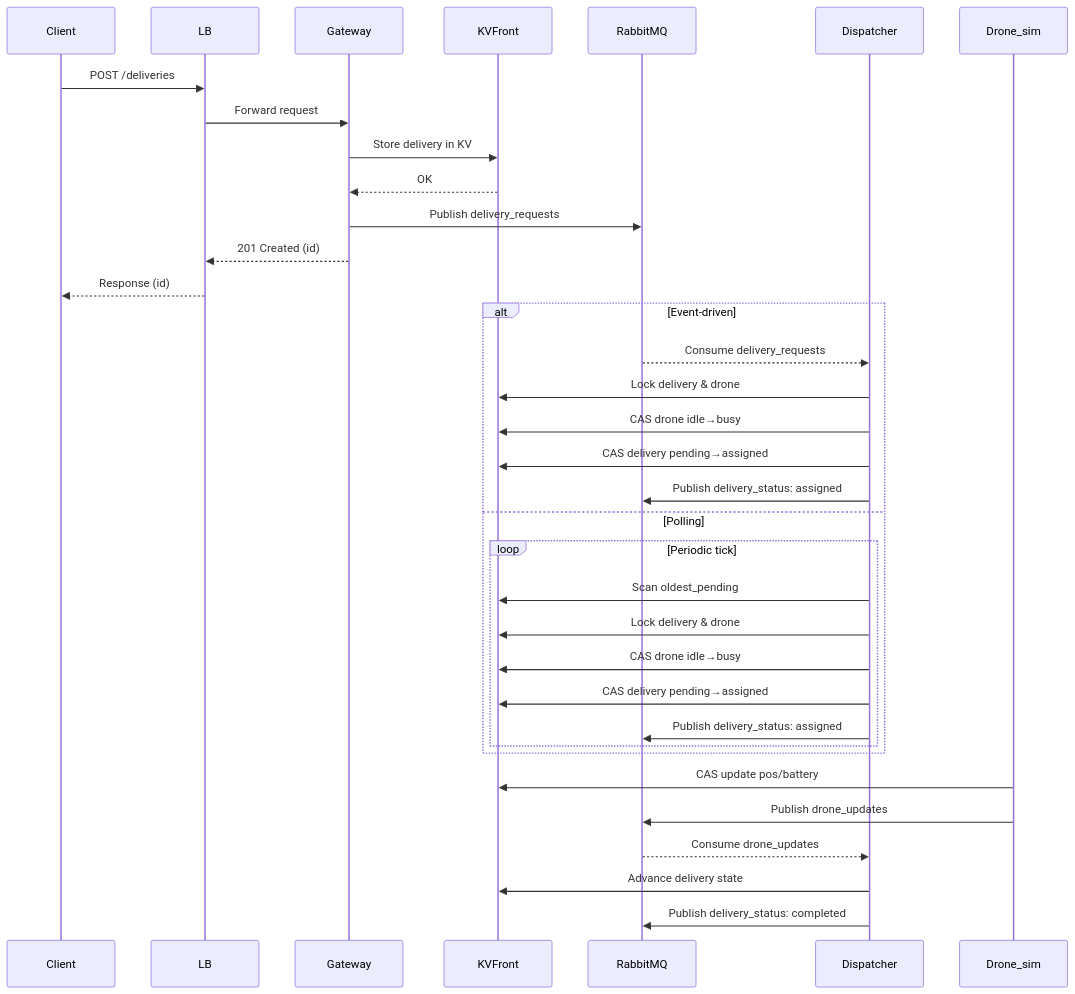
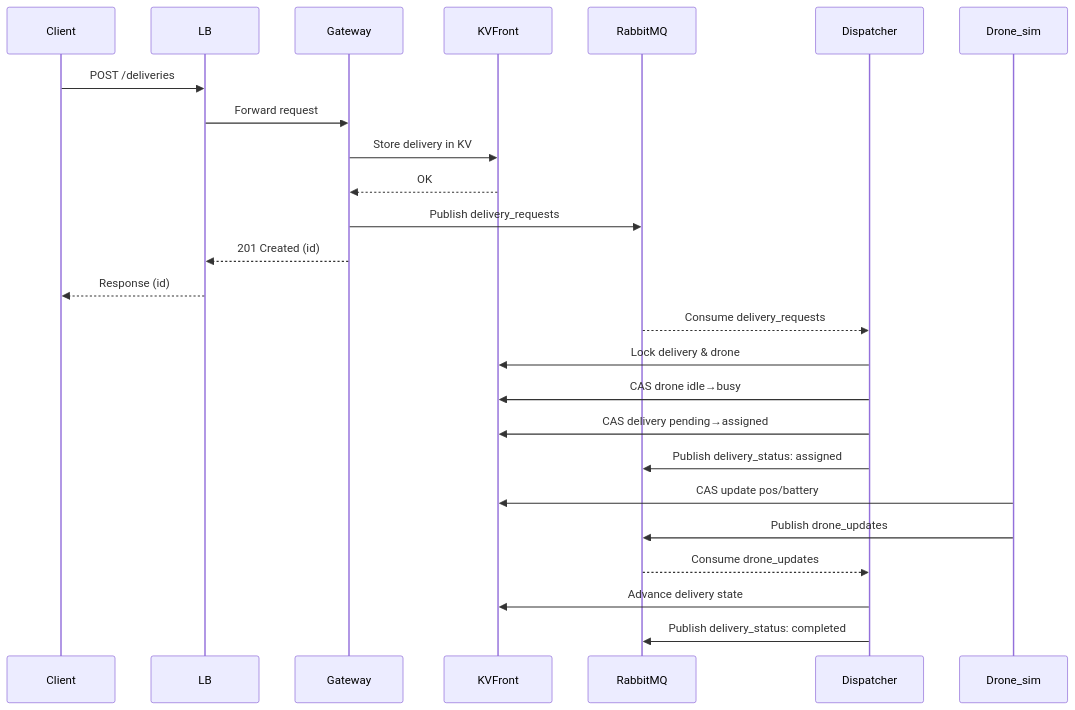
The third of 4 diagrams in README.md (scorzaluca/progetto-architetture), drawn with Mermaid before and after one commit. The commit also changed other lines of this file, not shown here.

````diff
--- a/README.md
+++ b/README.md
@@ -328,45 +343,36 @@
 ```mermaid
 sequenceDiagram
     participant Client
     participant LB as LB
     participant GW as Gateway
     participant KVF as KVFront
     participant RMQ as RabbitMQ
     participant DISP as Dispatcher
     participant DRN as Drone_sim
 
     %% Creazione delivery
     Client->>LB: POST /deliveries
     LB->>GW: Forward request
     GW->>KVF: Store delivery in KV
     KVF-->>GW: OK
     GW->>RMQ: Publish delivery_requests
     GW-->>LB: 201 Created (id)
     LB-->>Client: Response (id)
 
-    %% Assegnazione: due strade
-    alt Event-driven
-        RMQ-->>DISP: Consume delivery_requests
-        DISP->>KVF: Lock delivery & drone
-        DISP->>KVF: CAS drone idle→busy
-        DISP->>KVF: CAS delivery pending→assigned
-        DISP->>RMQ: Publish delivery_status: assigned
-    else Polling
-        loop Periodic tick
-            DISP->>KVF: Scan oldest_pending
-            DISP->>KVF: Lock delivery & drone
-            DISP->>KVF: CAS drone idle→busy
-            DISP->>KVF: CAS delivery pending→assigned
-            DISP->>RMQ: Publish delivery_status: assigned
-        end
-    end
+    %% Assegnazione tramite evento
+    RMQ-->>DISP: Consume delivery_requests
+    DISP->>KVF: Lock delivery & drone
+    DISP->>KVF: CAS drone idle→busy
+    DISP->>KVF: CAS delivery pending→assigned
+    DISP->>RMQ: Publish delivery_status: assigned
 
-    %% Avanzamento
+    %% Avanzamento stato
     DRN->>KVF: CAS update pos/battery
     DRN->>RMQ: Publish drone_updates
     RMQ-->>DISP: Consume drone_updates
     DISP->>KVF: Advance delivery state
     DISP->>RMQ: Publish delivery_status: completed
 
 
+
 ```
````
